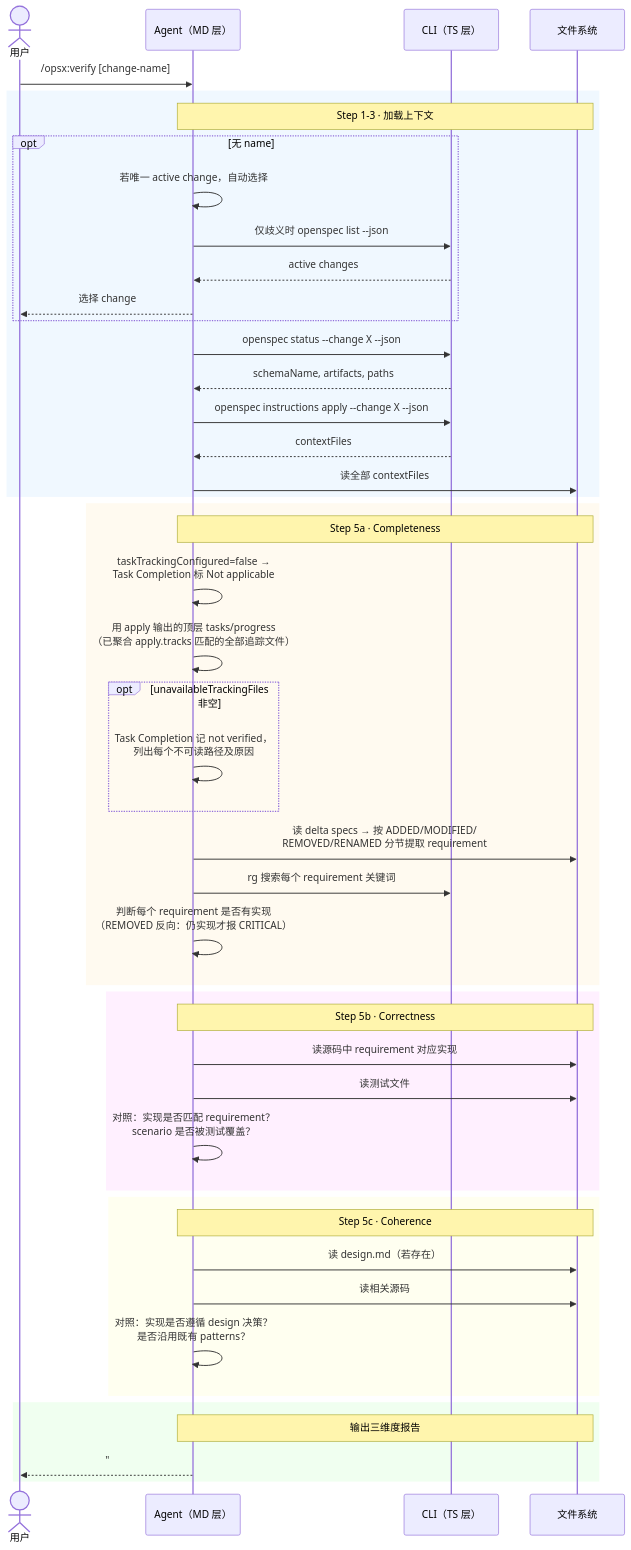
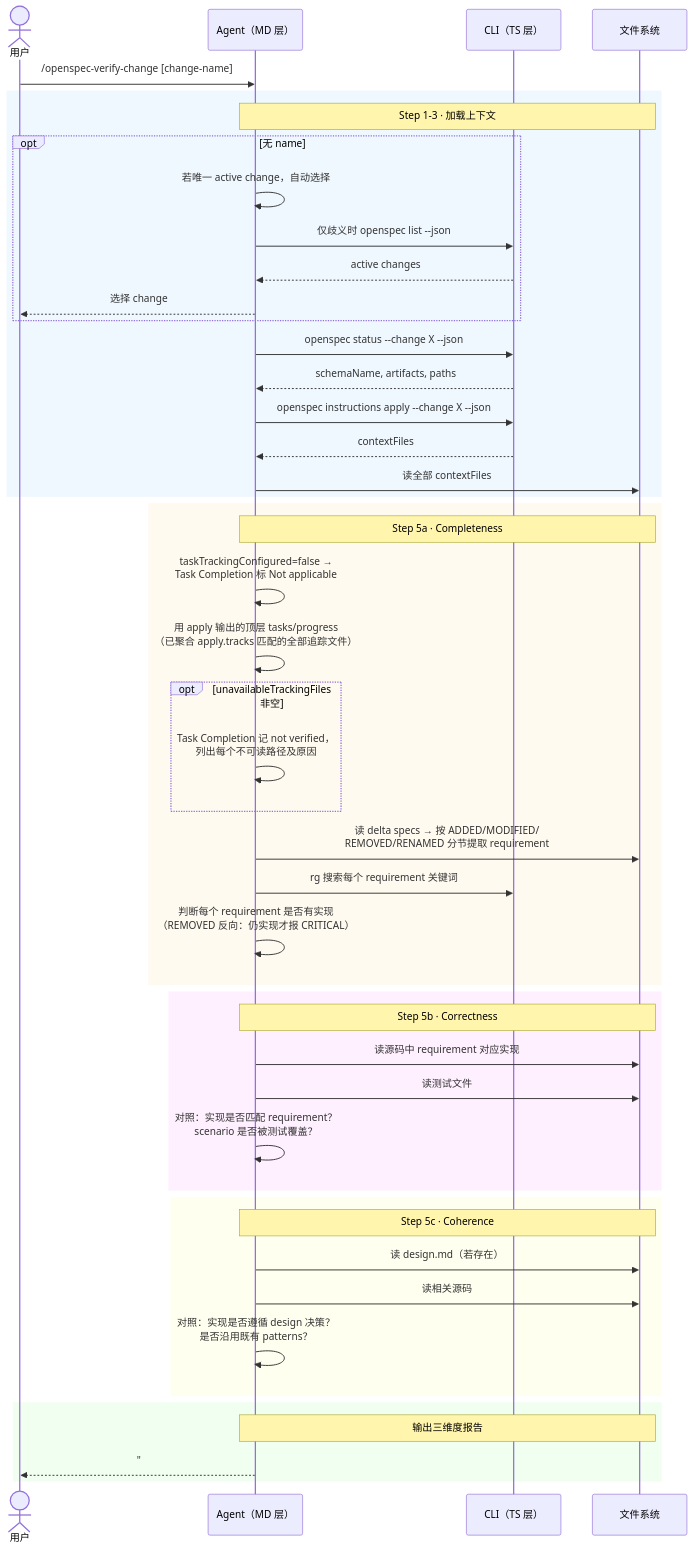
The diagram in _digested/workflows/08-verify.md (ethan-jiang-3/OpenSpec), drawn with Mermaid before and after one commit. The commit also changed other lines of this file and 63 other files, not shown here.

````diff
--- a/_digested/workflows/08-verify.md
+++ b/_digested/workflows/08-verify.md
@@ -44,55 +44,55 @@
 ```mermaid
 sequenceDiagram
     actor User as 用户
     participant MD as Agent（MD 层）
     participant TS as CLI（TS 层）
     participant FS as 文件系统
 
-    User->>MD: /opsx:verify [change-name]
+    User->>MD: /openspec-verify-change [change-name]
 
     rect rgb(240, 248, 255)
         Note over MD,FS: Step 1-3 · 加载上下文
         opt 无 name
             MD->>MD: 若唯一 active change，自动选择
             MD->>TS: 仅歧义时 openspec list --json
             TS-->>MD: active changes
             MD-->>User: 选择 change
         end
         MD->>TS: openspec status --change X --json
         TS-->>MD: schemaName, artifacts, paths
         MD->>TS: openspec instructions apply --change X --json
         TS-->>MD: contextFiles
         MD->>FS: 读全部 contextFiles
     end
 
     rect rgb(255, 250, 240)
         Note over MD,FS: Step 5a · Completeness
         MD->>MD: taskTrackingConfigured=false →<br/>Task Completion 标 Not applicable
         MD->>MD: 用 apply 输出的顶层 tasks/progress<br/>（已聚合 apply.tracks 匹配的全部追踪文件）
         opt unavailableTrackingFiles 非空
             MD->>MD: Task Completion 记 not verified，<br/>列出每个不可读路径及原因
         end
         MD->>FS: 读 delta specs → 按 ADDED/MODIFIED/<br/>REMOVED/RENAMED 分节提取 requirement
         MD->>TS: rg 搜索每个 requirement 关键词
         MD->>MD: 判断每个 requirement 是否有实现<br/>（REMOVED 反向：仍实现才报 CRITICAL）
     end
 
     rect rgb(255, 240, 255)
         Note over MD,FS: Step 5b · Correctness
         MD->>FS: 读源码中 requirement 对应实现
         MD->>FS: 读测试文件
         MD->>MD: 对照：实现是否匹配 requirement？<br/>scenario 是否被测试覆盖？
     end
 
     rect rgb(255, 255, 240)
         Note over MD,FS: Step 5c · Coherence
         MD->>FS: 读 design.md（若存在）
         MD->>FS: 读相关源码
         MD->>MD: 对照：实现是否遵循 design 决策？<br/>是否沿用既有 patterns？
     end
 
     rect rgb(240, 255, 240)
         Note over MD,FS: 输出三维度报告
         MD-->>User: "## Verification Report<br/>### Completeness<br/>- CRITICAL: task 3/7 incomplete<br/>### Correctness<br/>- WARNING: OAuth callback 缺测试<br/>### Coherence<br/>✓ design 决策全部遵守"
     end
 ```
````
